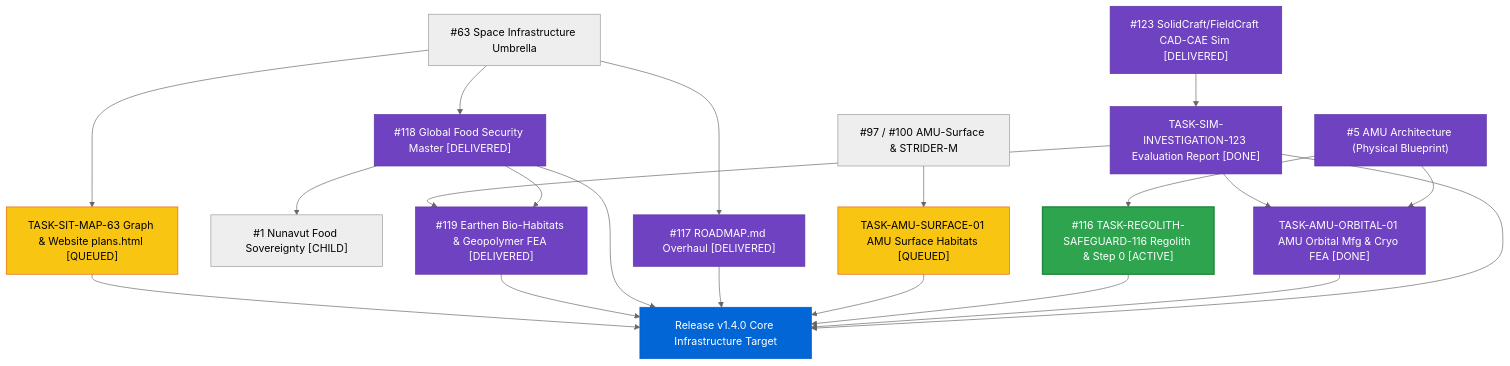
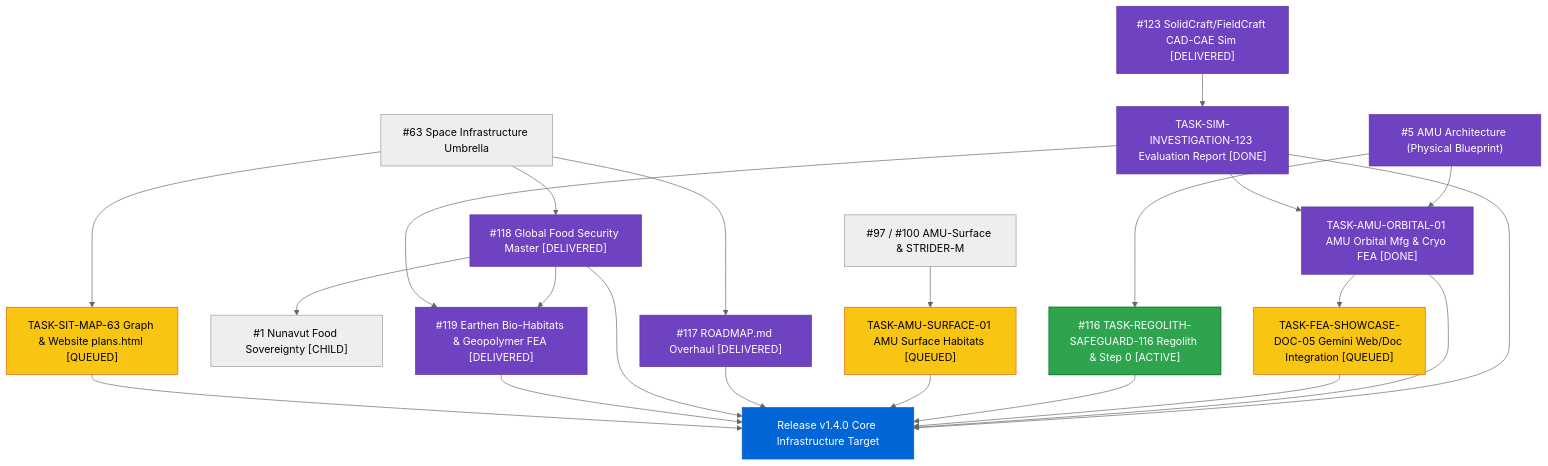
Before and after one commit to stellardreams/asi.surge.sh: the diagram in forward_tasks.md, drawn with Mermaid (neutral theme). The commit also changed other lines of this file, not shown here.

Commit message:
docs(forward_tasks): add TASK-FEA-SHOWCASE-DOC-05 for Gemini 3.8 Flash Low to document Mars-Jupiter coupled FEA (#5, #123)

````diff
--- a/forward_tasks.md
+++ b/forward_tasks.md
@@ -100,42 +112,45 @@
 ```mermaid
 graph TD
     I123["#123 SolidCraft/FieldCraft CAD-CAE Sim [DELIVERED]"] --> T123["TASK-SIM-INVESTIGATION-123 Evaluation Report [DONE]"]
     
     I63["#63 Space Infrastructure Umbrella"] --> I117["#117 ROADMAP.md Overhaul [DELIVERED]"]
     I63 --> I118["#118 Global Food Security Master [DELIVERED]"]
     I118 --> I01["#1 Nunavut Food Sovereignty [CHILD]"]
     I118 --> I119["#119 Earthen Bio-Habitats & Geopolymer FEA [DELIVERED]"]
 
     I05["#5 AMU Architecture (Physical Blueprint)"] --> O01["TASK-AMU-ORBITAL-01 AMU Orbital Mfg & Cryo FEA [DONE]"]
+    O01 --> D05["TASK-FEA-SHOWCASE-DOC-05 Gemini Web/Doc Integration [QUEUED]"]
     I05 --> R116["#116 TASK-REGOLITH-SAFEGUARD-116 Regolith & Step 0 [ACTIVE]"]
     I97["#97 / #100 AMU-Surface & STRIDER-M"] --> S01["TASK-AMU-SURFACE-01 AMU Surface Habitats [QUEUED]"]
     I63 --> M63["TASK-SIT-MAP-63 Graph & Website plans.html [QUEUED]"]
     
     T123 --> I119
     T123 --> O01
     T123 --> V140["Release v1.4.0 Core Infrastructure Target"]
     O01 --> V140
+    D05 --> V140
     R116 --> V140
     S01 --> V140
     I117 --> V140
     I118 --> V140
     I119 --> V140
     M63 --> V140
 
     classDef active fill:#2ea44f,stroke:#22863a,stroke-width:2px,color:#fff;
     classDef queued fill:#f9c513,stroke:#e36209,stroke-width:1px,color:#000;
     classDef target fill:#0366d6,stroke:#005cc5,stroke-width:1px,color:#fff;
     classDef done fill:#6f42c1,stroke:#5a32a3,stroke-width:1px,color:#fff;
 
     class I123 done;
     class T123 done;
     class I119 done;
     class I05 done;
     class O01 done;
+    class D05 queued;
     class R116 active;
     class S01 queued;
     class I117 done;
     class I118 done;
     class M63 queued;
     class V140 target;
 ```
````
